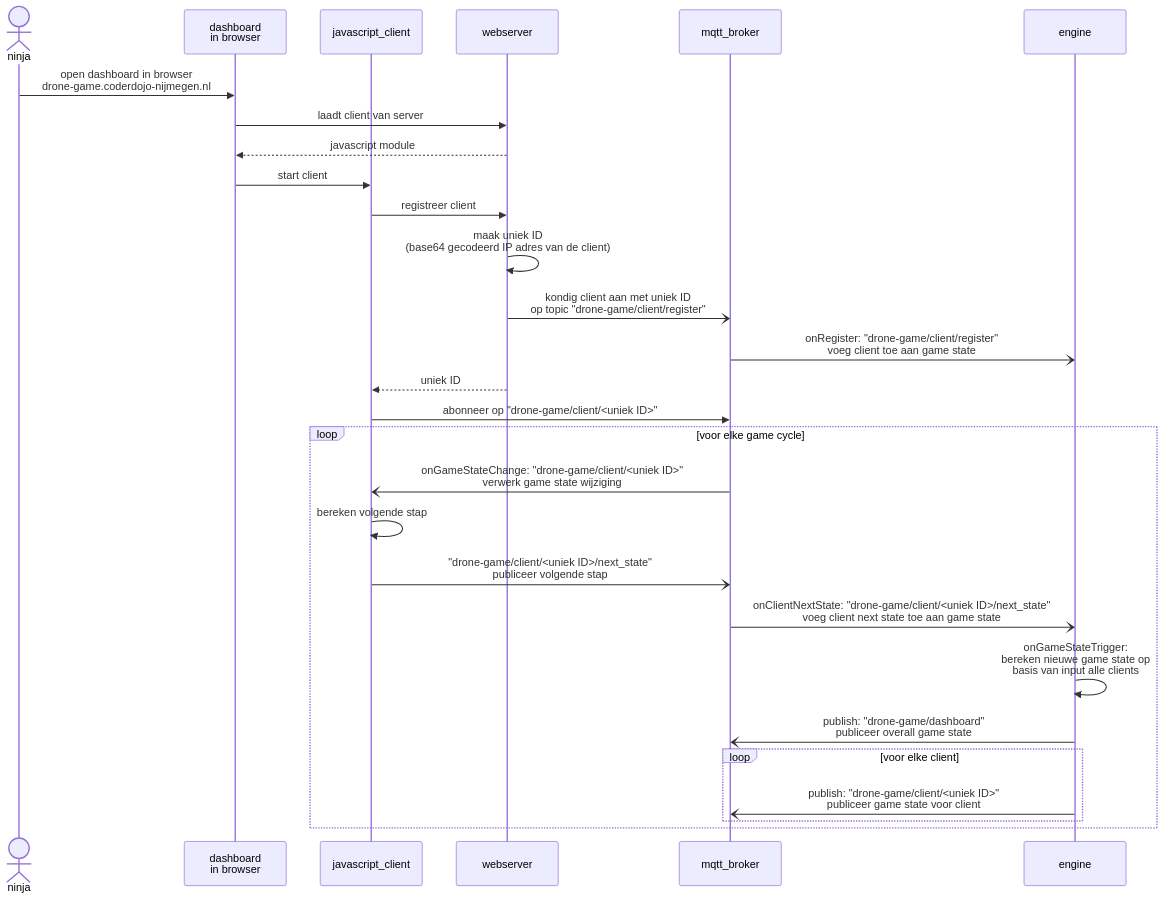
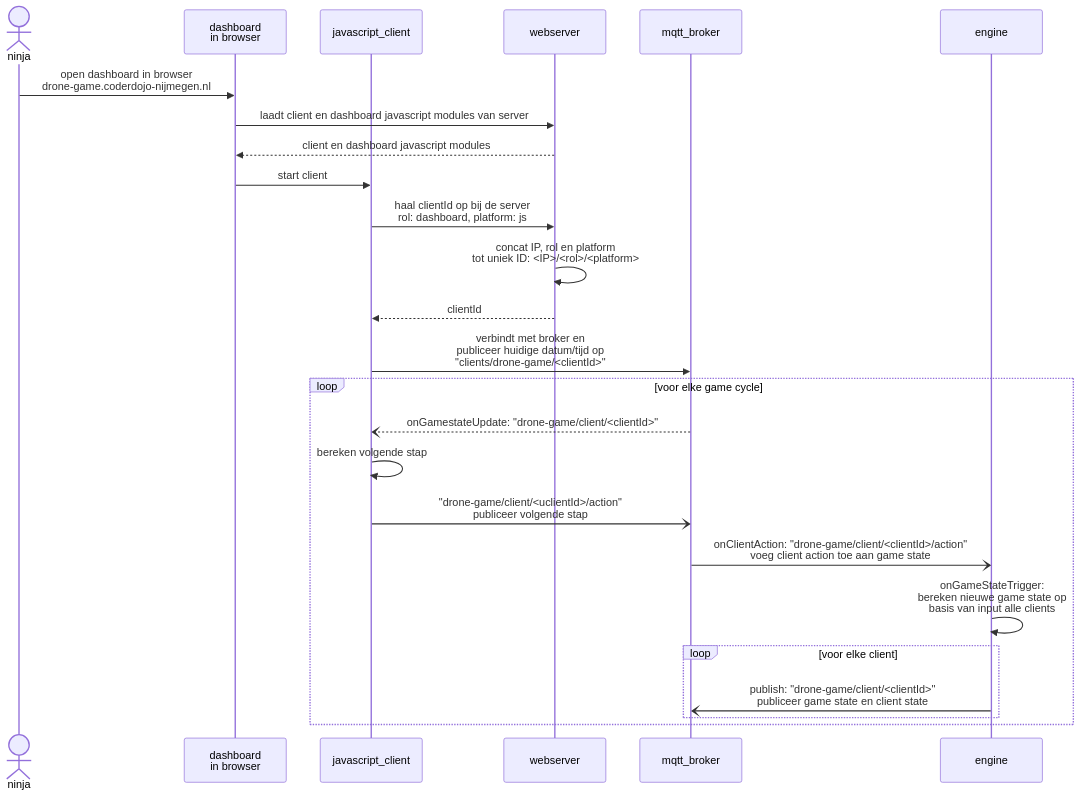
One commit to coderdojonijmegen/multiplayer_game changed the third of 3 diagrams in software design.md. Above: the diagram before and after it, drawn with Mermaid. The commit also changed other lines of this file and 10 other files, not shown here.

````diff
--- a/software design.md
+++ b/software design.md
@@ -79,33 +95,30 @@
 ```mermaid
 sequenceDiagram
     Actor ninja
     participant dashboard as dashboard<br>in browser
     participant javascript_client
     participant webserver
     participant mqtt_broker
     participant engine
 
     ninja ->> dashboard: open dashboard in browser<br/>drone-game.coderdojo-nijmegen.nl
-    dashboard ->> webserver: laadt client van server
-    webserver -->> dashboard: javascript module
+    dashboard ->> webserver: laadt client en dashboard javascript modules van server
+    webserver -->> dashboard: client en dashboard javascript modules
     dashboard ->> javascript_client: start client
-    javascript_client ->> webserver: registreer client
-    webserver ->> webserver: maak uniek ID<br/>(base64 gecodeerd IP adres van de client)
-    webserver -) mqtt_broker: kondig client aan met uniek ID<br/>op topic "drone-game/client/register"
-    mqtt_broker -) engine: onRegister: "drone-game/client/register"<br/>voeg client toe aan game state
-    webserver -->> javascript_client: uniek ID
+    javascript_client ->> webserver: haal clientId op bij de server<br>rol: dashboard, platform: js
+    webserver ->> webserver: concat IP, rol en platform<br>tot uniek ID: <IP>/<rol>/<platform>
+    webserver -->> javascript_client: clientId
 
-    javascript_client ->> mqtt_broker: abonneer op "drone-game/client/<uniek ID>"
+    javascript_client ->> mqtt_broker: verbindt met broker en <br>publiceer huidige datum/tijd op<br>"clients/drone-game/<clientId>"
 
     loop voor elke game cycle
-        mqtt_broker -) javascript_client: onGameStateChange: "drone-game/client/<uniek ID>"<br>verwerk game state wijziging
+        mqtt_broker --) javascript_client: onGamestateUpdate: "drone-game/client/<clientId>"
         javascript_client ->> javascript_client: bereken volgende stap
-        javascript_client -) mqtt_broker: "drone-game/client/<uniek ID>/next_state"<br>publiceer volgende stap
-        mqtt_broker -) engine: onClientNextState: "drone-game/client/<uniek ID>/next_state"<br>voeg client next state toe aan game state
+        javascript_client -) mqtt_broker: "drone-game/client/<uclientId>/action"<br>publiceer volgende stap
+        mqtt_broker -) engine: onClientAction: "drone-game/client/<clientId>/action"<br>voeg client action toe aan game state
         engine ->> engine: onGameStateTrigger:<br>bereken nieuwe game state op<br>basis van input alle clients
-        engine -) mqtt_broker: publish: "drone-game/dashboard"<br>publiceer overall game state
         loop voor elke client
-            engine -) mqtt_broker: publish: "drone-game/client/<uniek ID>"<br>publiceer game state voor client
+            engine -) mqtt_broker: publish: "drone-game/client/<clientId>"<br>publiceer game state en client state
         end
     end
 ```
````
